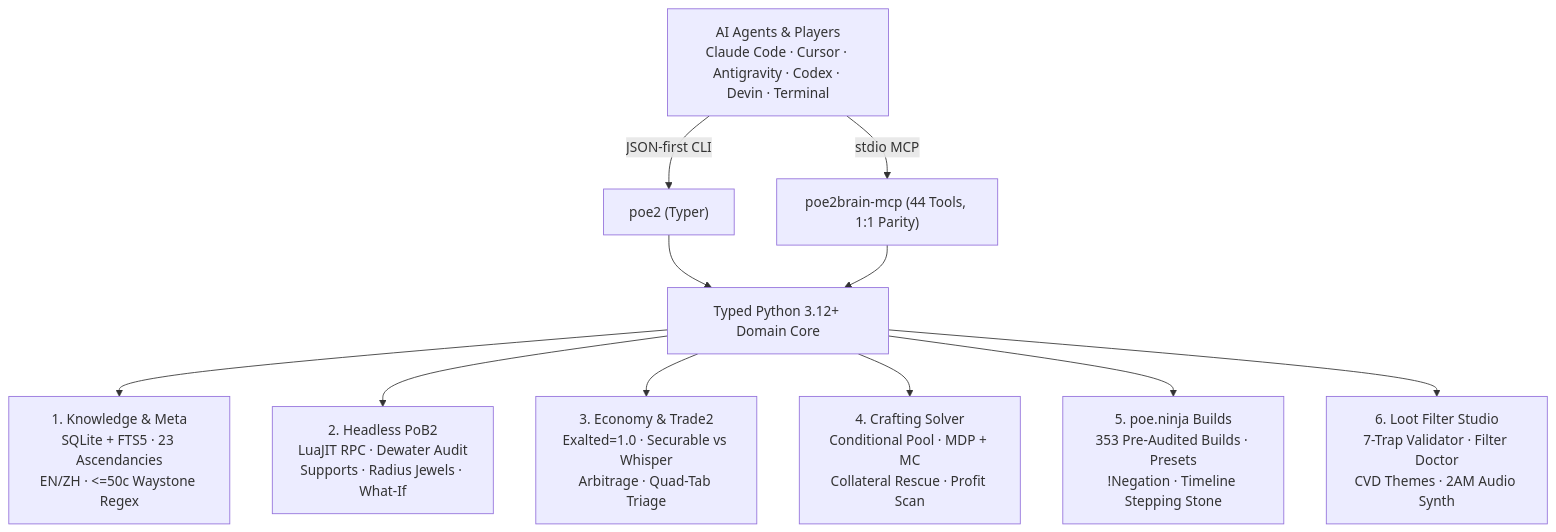
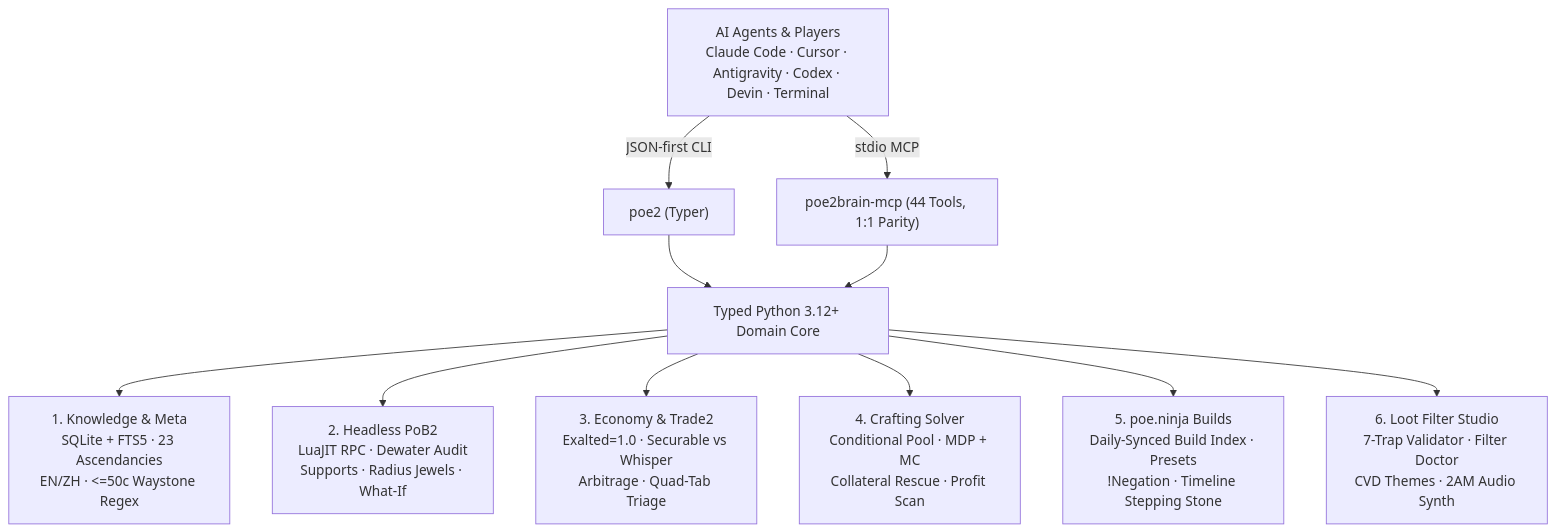
The diagram in README.md (lifan-builds/poe2brain), drawn with Mermaid before and after one commit. The commit also changed other lines of this file and 22 other files, not shown here.

Commit message:
feat(ninja): replace hardcoded 353-build corpus with runtime SQLite BuildStore and GitHub Actions rolling index

````diff
--- a/README.md
+++ b/README.md
@@ -119,15 +119,15 @@
 ```mermaid
 flowchart TB
     A["AI Agents & Players<br/>Claude Code · Cursor · Antigravity · Codex · Devin · Terminal"]
     A -->|JSON-first CLI| CLI["poe2 (Typer)"]
     A -->|stdio MCP| MCP["poe2brain-mcp (44 Tools, 1:1 Parity)"]
     CLI --> CORE["Typed Python 3.12+ Domain Core"]
     MCP --> CORE
 
     CORE --> P1["1. Knowledge & Meta<br/>SQLite + FTS5 · 23 Ascendancies<br/>EN/ZH · <=50c Waystone Regex"]
     CORE --> P2["2. Headless PoB2<br/>LuaJIT RPC · Dewater Audit<br/>Supports · Radius Jewels · What-If"]
     CORE --> P3["3. Economy & Trade2<br/>Exalted=1.0 · Securable vs Whisper<br/>Arbitrage · Quad-Tab Triage"]
     CORE --> P4["4. Crafting Solver<br/>Conditional Pool · MDP + MC<br/>Collateral Rescue · Profit Scan"]
-    CORE --> P5["5. poe.ninja Builds<br/>353 Pre-Audited Builds · Presets<br/>!Negation · Timeline Stepping Stone"]
+    CORE --> P5["5. poe.ninja Builds<br/>Daily-Synced Build Index · Presets<br/>!Negation · Timeline Stepping Stone"]
     CORE --> P6["6. Loot Filter Studio<br/>7-Trap Validator · Filter Doctor<br/>CVD Themes · 2AM Audio Synth"]
 ```
````
